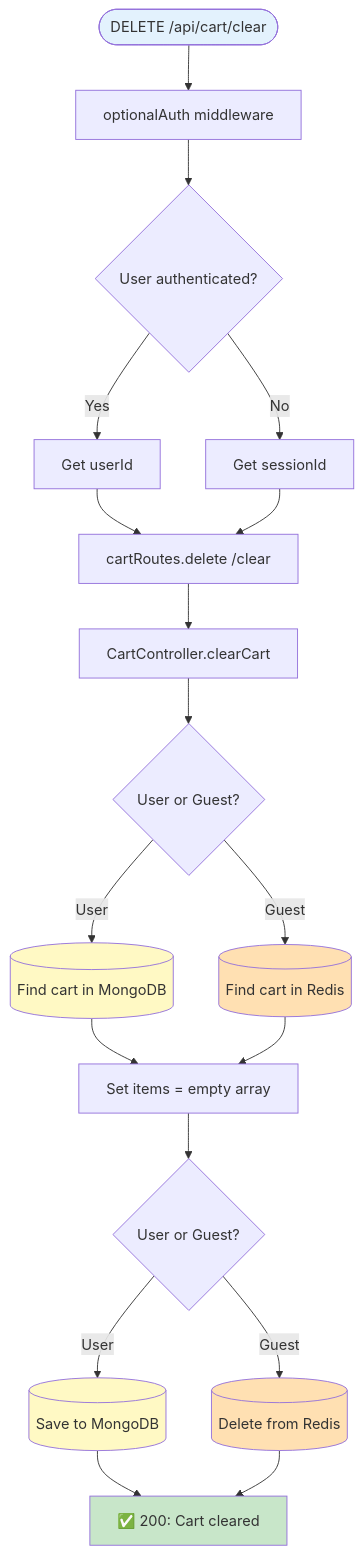
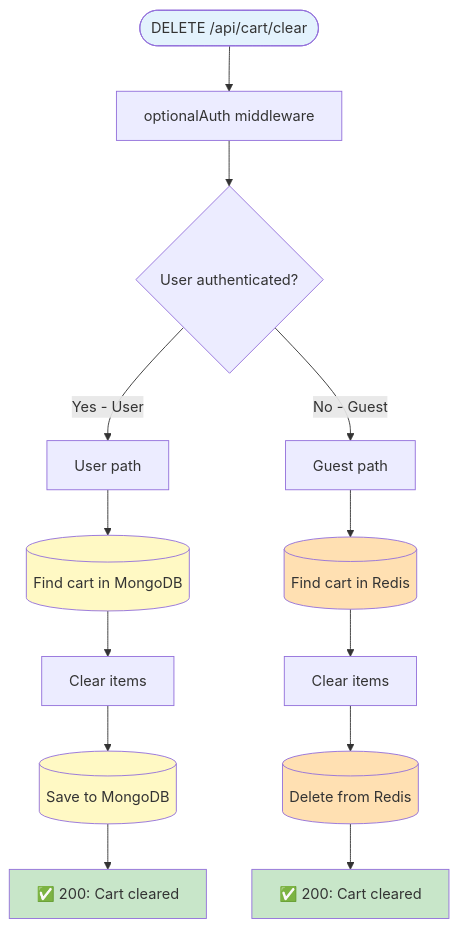
One commit to shmuelkapiloff/simple- changed diagram 14 of 26 in docs/SERVER_ENDPOINTS_MAP.md. Above: the diagram before and after it, drawn with Mermaid. The commit also changed other lines of this file, not shown here.

Commit message:
fix: Simplify 5 problematic flowcharts by removing merge points

````diff
--- a/docs/SERVER_ENDPOINTS_MAP.md
+++ b/docs/SERVER_ENDPOINTS_MAP.md
@@ -779,35 +779,26 @@
 ```mermaid
 flowchart TD
     Request([DELETE /api/cart/clear]) --> OptionalAuth[optionalAuth middleware]
     OptionalAuth --> CheckAuth{User authenticated?}
     
-    CheckAuth -->|Yes| GetUserId[Get userId]
-    CheckAuth -->|No| GetSessionId[Get sessionId]
+    CheckAuth -->|Yes - User| UserPath[User path]
+    CheckAuth -->|No - Guest| GuestPath[Guest path]
     
-    GetUserId --> RouteHandler[cartRoutes.delete /clear]
-    GetSessionId --> RouteHandler
+    UserPath --> FindUserCart[(Find cart in MongoDB)]
+    FindUserCart --> ClearUserItems[Clear items]
+    ClearUserItems --> SaveMongo[(Save to MongoDB)]
+    SaveMongo --> ReturnUser["✅ 200: Cart cleared"]
     
-    RouteHandler --> Controller[CartController.clearCart]
-    Controller --> ServiceCall{User or Guest?}
-    
-    ServiceCall -->|User| FindUserCart[(Find cart in MongoDB)]
-    ServiceCall -->|Guest| FindGuestCartRedis[(Find cart in Redis)]
-    
-    FindUserCart --> ClearItems[Set items = empty array]
-    FindGuestCartRedis --> ClearItems
-    
-    ClearItems --> SaveChanges{User or Guest?}
-    SaveChanges -->|User| SaveMongo[(Save to MongoDB)]
-    SaveChanges -->|Guest| DeleteRedis[(Delete from Redis)]
-    
-    SaveMongo --> Return200["✅ 200: Cart cleared"]
-    DeleteRedis --> Return200
-    
+    GuestPath --> FindGuestCart[(Find cart in Redis)]
+    FindGuestCart --> ClearGuestItems[Clear items]
+    ClearGuestItems --> DeleteRedis[(Delete from Redis)]
+    DeleteRedis --> ReturnGuest["✅ 200: Cart cleared"]
     
     style Request fill:#e3f2fd
-    style Return200 fill:#c8e6c9
+    style ReturnUser fill:#c8e6c9
+    style ReturnGuest fill:#c8e6c9
     style FindUserCart fill:#fff9c4
     style SaveMongo fill:#fff9c4
-    style FindGuestCartRedis fill:#ffe0b2
+    style FindGuestCart fill:#ffe0b2
     style DeleteRedis fill:#ffe0b2
 ```
````
